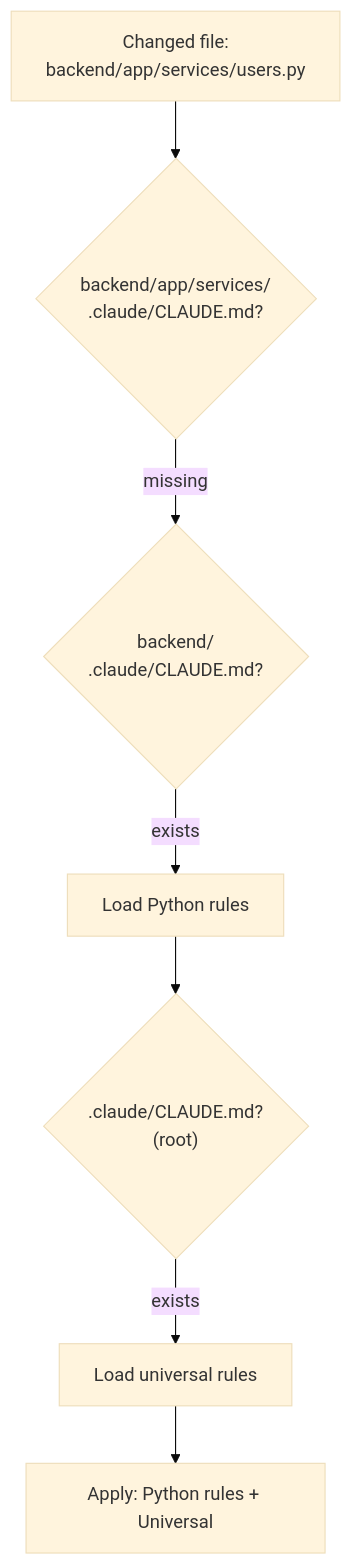
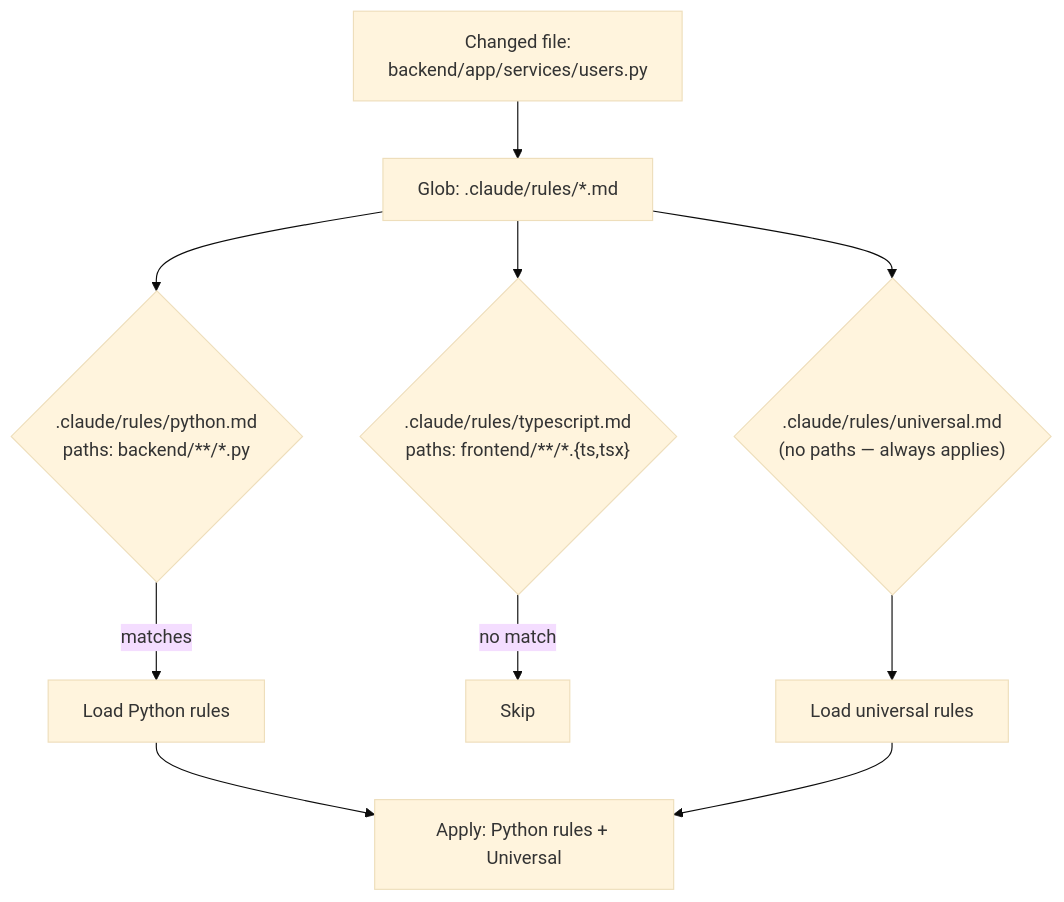
The fifth of 7 diagrams in ARCHITECTURE.md (peteski22/claude-pragma), drawn with Mermaid (base theme) before and after one commit. The commit also changed other lines of this file and 7 other files, not shown here.

First line of the commit message:
Migrate setup-project from .claude/CLAUDE.md to .claude/rules/*.md (#93)

````diff
--- a/ARCHITECTURE.md
+++ b/ARCHITECTURE.md
@@ -351,15 +332,17 @@
 ```mermaid
 flowchart TD
     File["Changed file:<br/>backend/app/services/users.py"]
 
-    File --> Check1{"backend/app/services/<br/>.claude/CLAUDE.md?"}
-    Check1 -->|missing| Check2
+    File --> Glob["Glob: .claude/rules/*.md"]
+    Glob --> Check1{".claude/rules/python.md<br/>paths: backend/**/*.py"}
+    Check1 -->|matches| Rule1["Load Python rules"]
 
-    Check2{"backend/<br/>.claude/CLAUDE.md?"}
-    Check2 -->|exists| Rule2["Load Python rules"]
+    Glob --> Check2{".claude/rules/typescript.md<br/>paths: frontend/**/*.{ts,tsx}"}
+    Check2 -->|no match| Skip["Skip"]
 
-    Rule2 --> Check3{".claude/CLAUDE.md?<br/>(root)"}
-    Check3 -->|exists| Rule3["Load universal rules"]
+    Glob --> Check3{".claude/rules/universal.md<br/>(no paths — always applies)"}
+    Check3 --> Rule2["Load universal rules"]
 
-    Rule3 --> Apply["Apply: Python rules + Universal"]
+    Rule1 --> Apply["Apply: Python rules + Universal"]
+    Rule2 --> Apply
 ```
````
